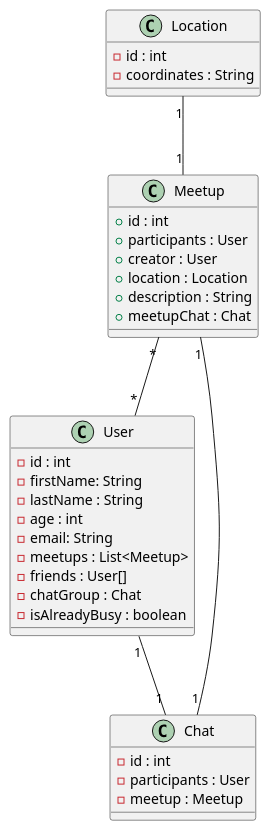
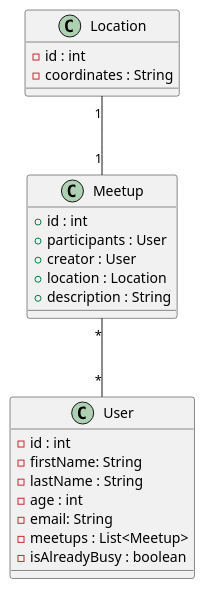
One commit to 2223-3bhif-syp/02-projekte-mopedmeetup changed the diagram in asciidocs/Klassendiagramm.adoc. Above: the diagram before and after it, drawn with PlantUML. The commit also changed other lines of this file and 1 other file, not shown here.

Commit message:
added SQL create statments, edited Klassendiagramm

```diff
--- a/asciidocs/Klassendiagramm.adoc
+++ b/asciidocs/Klassendiagramm.adoc
@@ -6,37 +6,29 @@
 [plantuml, target=diagram-classes, format=png]
 ....
 class User {
     - id : int
     - firstName: String
     - lastName : String
     - age : int
     - email: String
     - meetups : List<Meetup>
-    - friends : User[]
-    - chatGroup : Chat
     - isAlreadyBusy : boolean
 }
 class Meetup {
     + id : int
     + participants : User
     + creator : User
     + location : Location
     + description : String
-    + meetupChat : Chat
 }
 
 class Location {
     - id : int
     - coordinates : String
 }
-class Chat {
-    - id : int
-    - participants : User
-    - meetup : Meetup
-}
+
 
 Meetup "*"--"*" User : ""
 Location "1"--"1" Meetup : ""
-Meetup "1"--"1" Chat : ""
-User "1"--"1" Chat : ""
+
 ....
```
